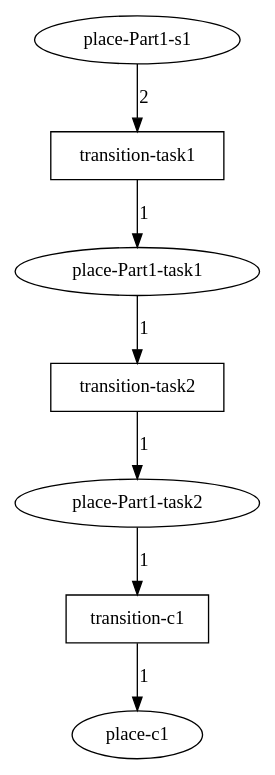
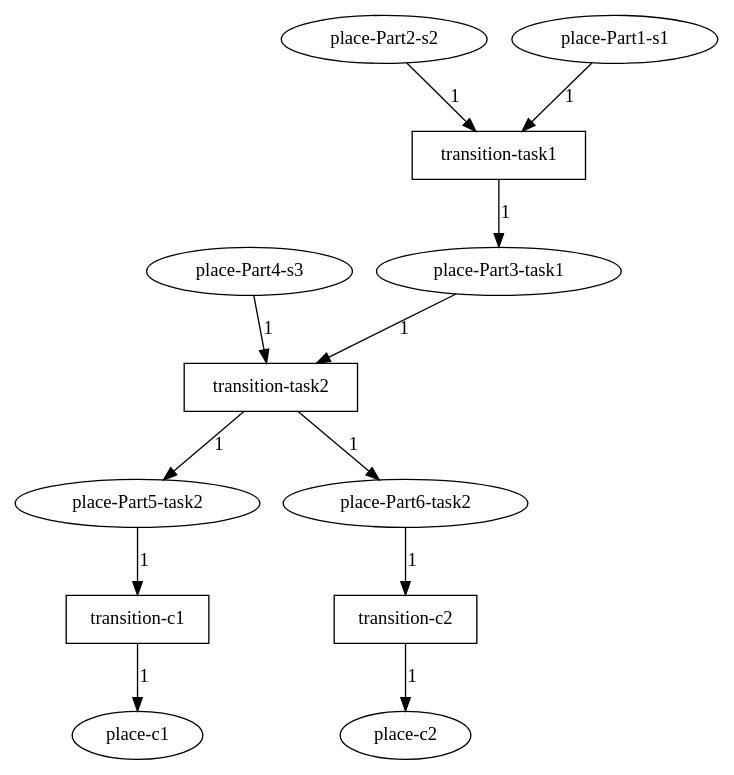
Before and after one commit to Wisc-HCI/allocobot: the diagram in basic.dot, drawn with Graphviz. The commit also changed 3 other files, not shown here.

```diff
--- a/basic.dot
+++ b/basic.dot
@@ -1,22 +1,37 @@
 digraph PRIME {
+// Place place-Part4-s3
+	72905865676655036734828152235480659227 [label="place-Part4-s3"];
+// Place place-Part5-task2
+	279317246503052877022958660262449193698 [label="place-Part5-task2"];
+// Place place-Part3-task1
+	83757612250120078642880952373888289636 [label="place-Part3-task1"];
+// Place place-Part2-s2
+	198042884722584755786010638420329879851 [label="place-Part2-s2"];
+// Place place-c2
+	128598116377551120094035104388013254497 [label="place-c2"];
 // Place place-Part1-s1
-	8618337075819996352747152969530685120 [label="place-Part1-s1"];
+	334215376688255775656828445105323380561 [label="place-Part1-s1"];
 // Place place-c1
-	71599527166754700747936871047879268005 [label="place-c1"];
-// Place place-Part1-task1
-	298551492712902307542977266683319992477 [label="place-Part1-task1"];
-// Place place-Part1-task2
-	264323460628834369392923789767360549339 [label="place-Part1-task2"];
+	233816750487148901384214613411794511696 [label="place-c1"];
+// Place place-Part6-task2
+	265381343510131778297652974165945211336 [label="place-Part6-task2"];
+// Transition transition-task2
+	65132745196935384613316352869810125093 [label="transition-task2",shape=box];
 // Transition transition-task1
-	119926439536215397015888362122162584367 [label="transition-task1",shape=box];
-// Transition transition-task2
-	155915801319240249334663119945895319493 [label="transition-task2",shape=box];
+	139872304743214909965232845394680214690 [label="transition-task1",shape=box];
+// Transition transition-c2
+	40669815366086907656871726189128907281 [label="transition-c2",shape=box];
 // Transition transition-c1
-	31529288856710681529974055972718471066 [label="transition-c1",shape=box];
-	8618337075819996352747152969530685120 -> 119926439536215397015888362122162584367 [label="2"];
-	119926439536215397015888362122162584367 -> 298551492712902307542977266683319992477 [label="1"];
-	298551492712902307542977266683319992477 -> 155915801319240249334663119945895319493 [label="1"];
-	155915801319240249334663119945895319493 -> 264323460628834369392923789767360549339 [label="1"];
-	264323460628834369392923789767360549339 -> 31529288856710681529974055972718471066 [label="1"];
-	31529288856710681529974055972718471066 -> 71599527166754700747936871047879268005 [label="1"];
+	134722987229438007334764329179942765073 [label="transition-c1",shape=box];
+	83757612250120078642880952373888289636 -> 65132745196935384613316352869810125093 [label="1"];
+	72905865676655036734828152235480659227 -> 65132745196935384613316352869810125093 [label="1"];
+	65132745196935384613316352869810125093 -> 265381343510131778297652974165945211336 [label="1"];
+	65132745196935384613316352869810125093 -> 279317246503052877022958660262449193698 [label="1"];
+	334215376688255775656828445105323380561 -> 139872304743214909965232845394680214690 [label="1"];
+	198042884722584755786010638420329879851 -> 139872304743214909965232845394680214690 [label="1"];
+	139872304743214909965232845394680214690 -> 83757612250120078642880952373888289636 [label="1"];
+	265381343510131778297652974165945211336 -> 40669815366086907656871726189128907281 [label="1"];
+	40669815366086907656871726189128907281 -> 128598116377551120094035104388013254497 [label="1"];
+	279317246503052877022958660262449193698 -> 134722987229438007334764329179942765073 [label="1"];
+	134722987229438007334764329179942765073 -> 233816750487148901384214613411794511696 [label="1"];
 }
```
